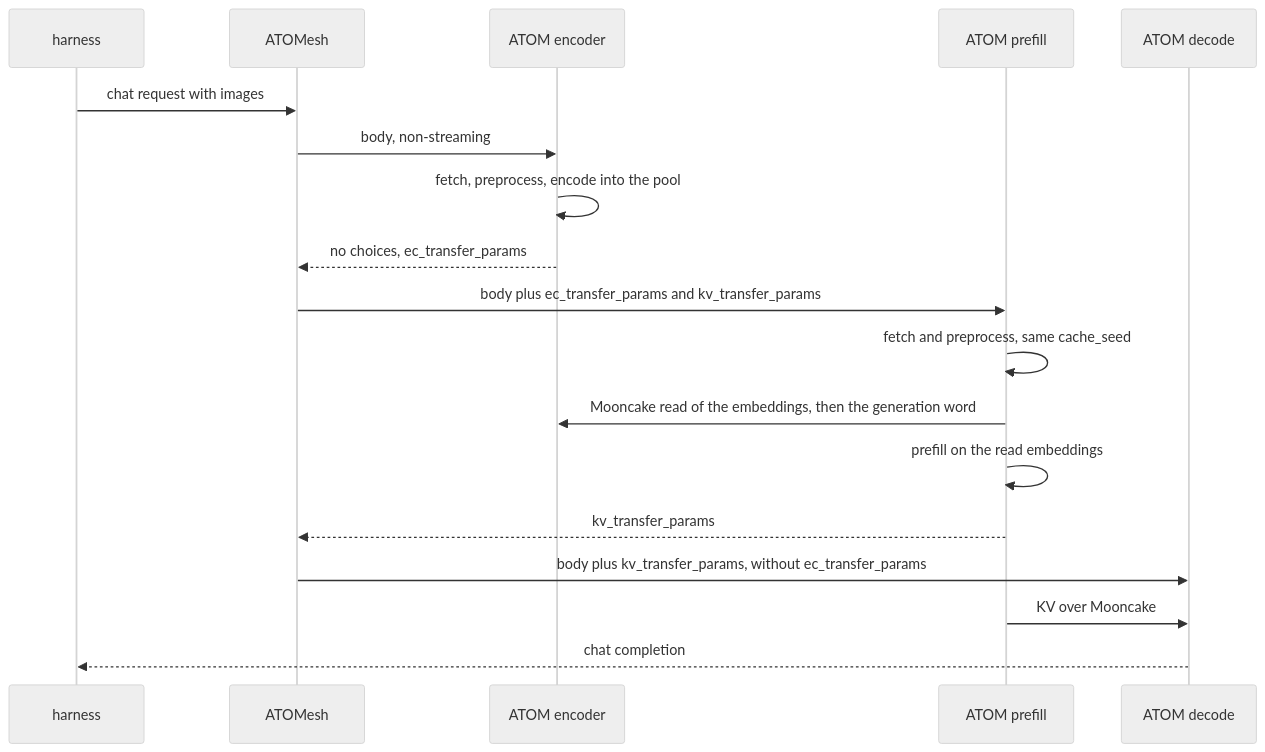
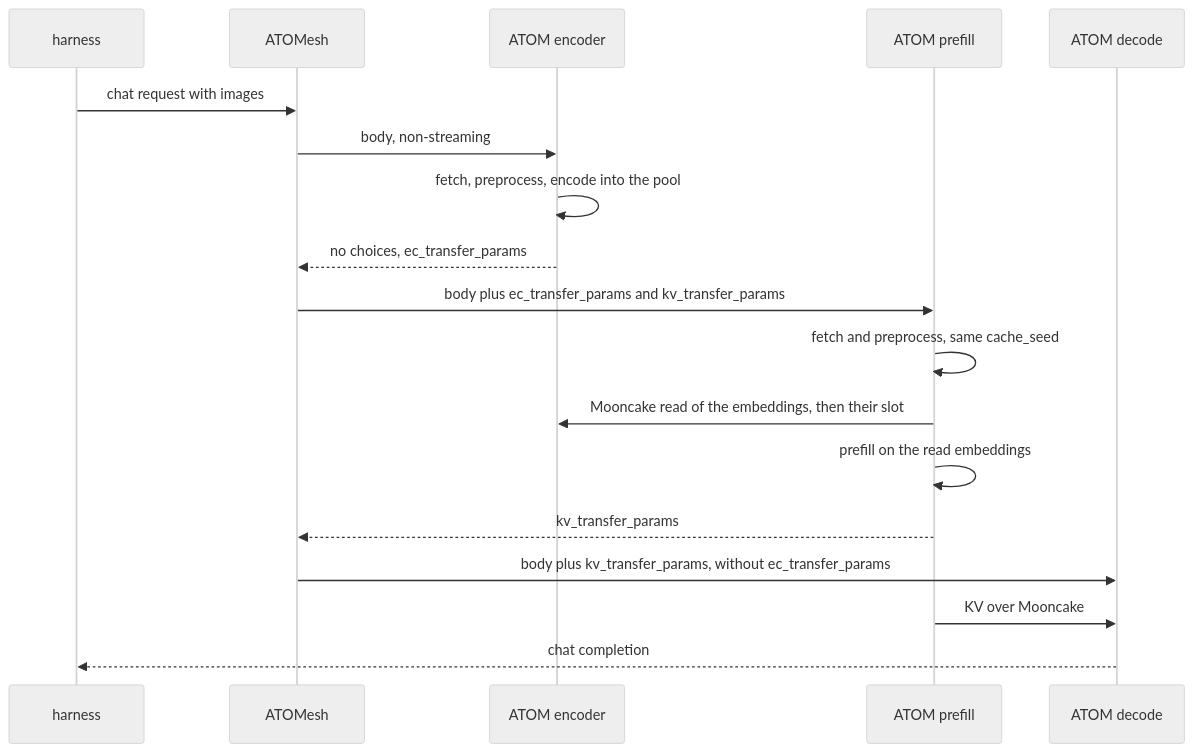
The fourth of 6 diagrams in docs/atomesh_multimodal_epd.md (ROCm/ATOM), drawn with Mermaid (neutral theme) before and after one commit. The commit also changed other lines of this file, not shown here.

First line of the commit message:
docs(epd): slot table, reader sync, logged fallbacks, ack follow-up

````diff
--- a/docs/atomesh_multimodal_epd.md
+++ b/docs/atomesh_multimodal_epd.md
@@ -134,20 +134,20 @@
 ```mermaid
 sequenceDiagram
     participant H as harness
     participant M as ATOMesh
     participant E as ATOM encoder
     participant P as ATOM prefill
     participant D as ATOM decode
     H->>M: chat request with images
     M->>E: body, non-streaming
     E->>E: fetch, preprocess, encode into the pool
     E-->>M: no choices, ec_transfer_params
     M->>P: body plus ec_transfer_params and kv_transfer_params
     P->>P: fetch and preprocess, same cache_seed
-    P->>E: Mooncake read of the embeddings, then the generation word
+    P->>E: Mooncake read of the embeddings, then their slot
     P->>P: prefill on the read embeddings
     P-->>M: kv_transfer_params
     M->>D: body plus kv_transfer_params, without ec_transfer_params
     P->>D: KV over Mooncake
     D-->>H: chat completion
 ```
````
